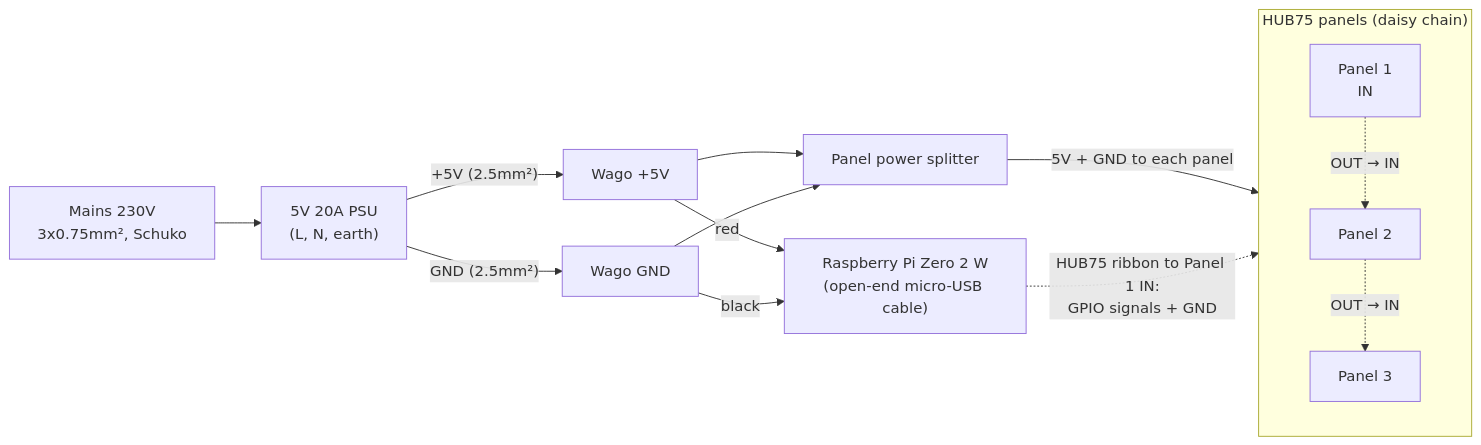
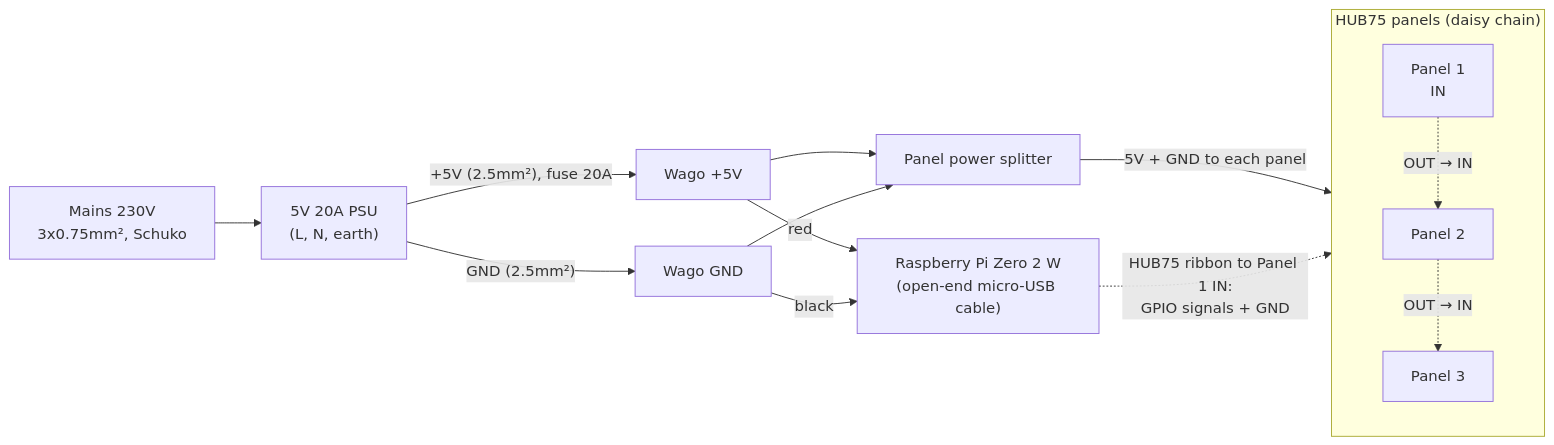
The diagram in README.md (lerchl/ptrans-rgb), drawn with Mermaid before and after one commit.

Commit message:
docs: add fuse to electrical documentation

````diff
--- a/README.md
+++ b/README.md
@@ -5,21 +5,21 @@
 ```mermaid
 flowchart LR
     AC["Mains 230V<br/>3x0.75mm², Schuko"] --> PSU["5V 20A PSU<br/>(L, N, earth)"]
-    PSU -- "+5V (2.5mm²)" --> WP["Wago +5V"]
+    PSU -- "+5V (2.5mm²), fuse 20A" --> WP["Wago +5V"]
     PSU -- "GND (2.5mm²)" --> WG["Wago GND"]
 
     WP --> SP["Panel power splitter"]
     WG --> SP
 
     WP -- "red" --> PI["Raspberry Pi Zero 2 W<br/>(open-end micro-USB cable)"]
     WG -- "black" --> PI
 
     subgraph PANELS["HUB75 panels (daisy chain)"]
         direction TB
         M1["Panel 1<br/>IN"] -. "OUT → IN" .-> M2["Panel 2"]
         M2 -. "OUT → IN" .-> M3["Panel 3"]
     end
 
     SP -- "5V + GND to each panel" --> PANELS
     PI -. "HUB75 ribbon to Panel 1 IN:<br/>GPIO signals + GND" .-> PANELS
 ```
````
